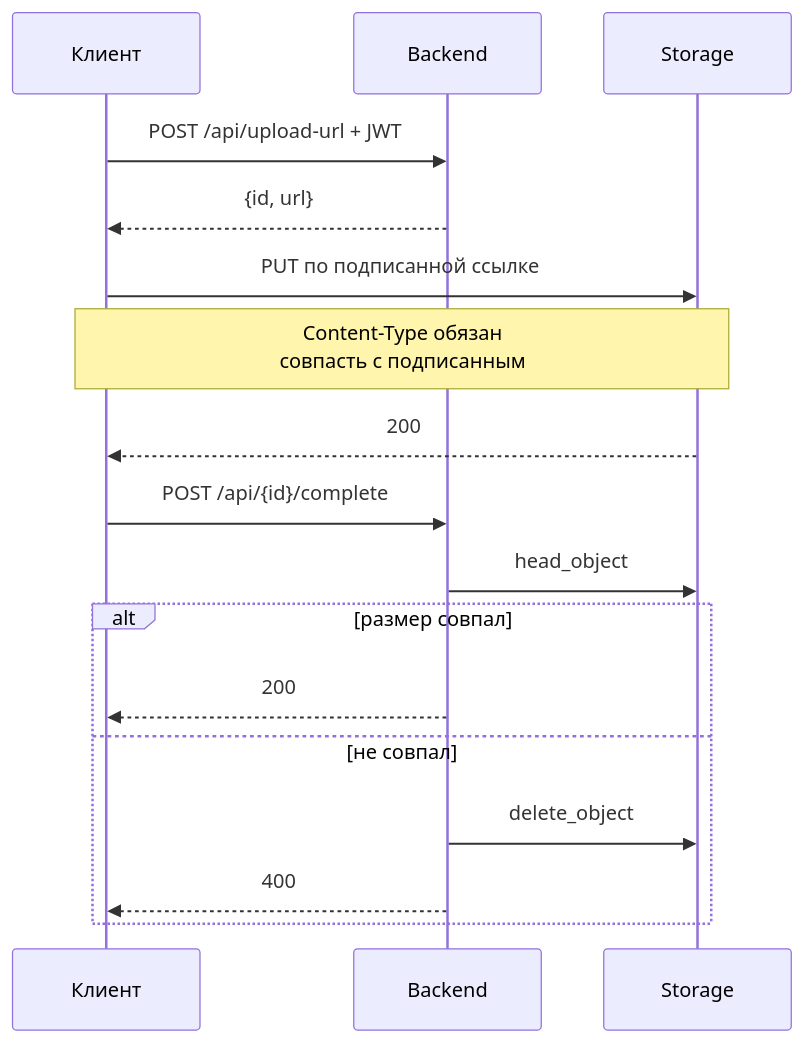
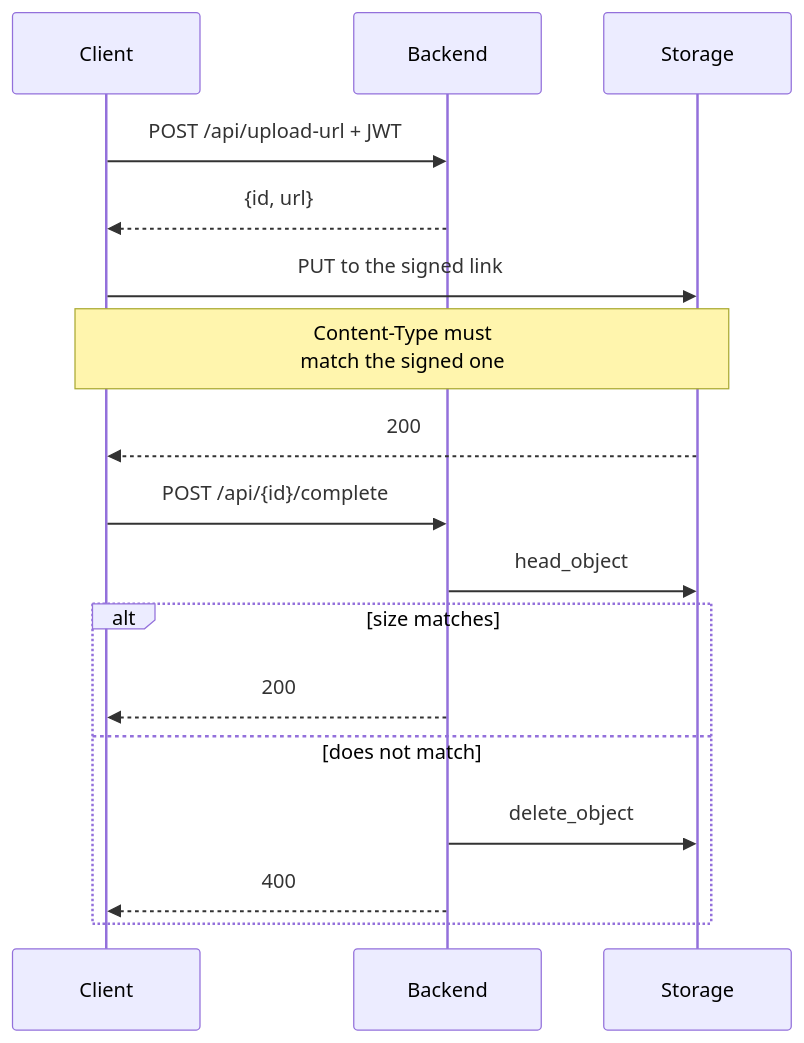
One commit to Kseen715/md2pdfX changed the third of 3 diagrams in examples/backend-guide.md. Above: the diagram before and after it, drawn with Mermaid. The commit also changed other lines of this file and 25 other files, not shown here.

````diff
--- a/examples/backend-guide.md
+++ b/examples/backend-guide.md
@@ -152,20 +151,20 @@
 ```mermaid
 sequenceDiagram
-    participant C as Клиент
+    participant C as Client
     participant D as Backend
     participant S as Storage
 
     C->>D: POST /api/upload-url + JWT
     D-->>C: {id, url}
-    C->>S: PUT по подписанной ссылке
-    Note over C,S: Content-Type обязан<br/>совпасть с подписанным
+    C->>S: PUT to the signed link
+    Note over C,S: Content-Type must<br/>match the signed one
     S-->>C: 200
     C->>D: POST /api/{id}/complete
     D->>S: head_object
-    alt размер совпал
+    alt size matches
         D-->>C: 200
-    else не совпал
+    else does not match
         D->>S: delete_object
         D-->>C: 400
     end
 ```
````
